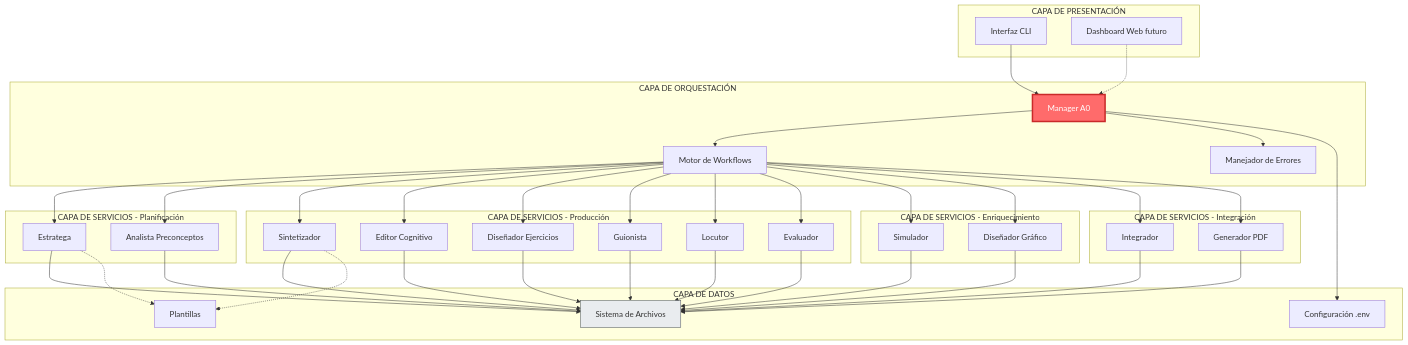
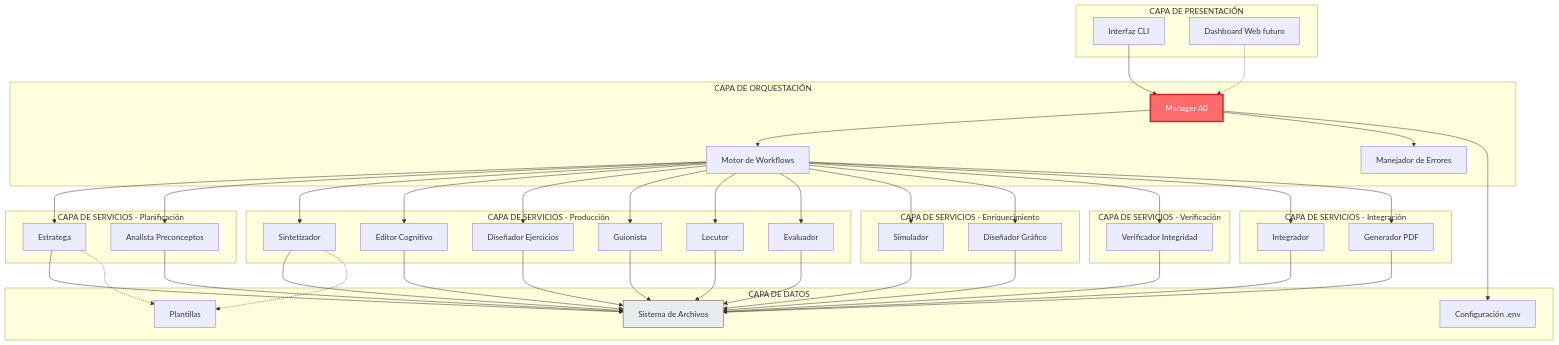
The second of 11 diagrams in docs/ARQUITECTURA.md (developer-laoz396/teach-laoz-courses-generator), drawn with Mermaid before and after one commit. The commit also changed other lines of this file and 33 other files, not shown here.

```diff
--- a/docs/ARQUITECTURA.md
+++ b/docs/ARQUITECTURA.md
@@ -69,6 +72,10 @@
         A6[Diseñador Gráfico]
     end
 
+    subgraph "CAPA DE SERVICIOS - Verificación"
+        A13[Verificador Integridad]
+    end
+
     subgraph "CAPA DE SERVICIOS - Integración"
         A5[Integrador]
         A10[Generador PDF]
@@ -96,6 +103,7 @@
     Workflow --> A9
     Workflow --> A4
     Workflow --> A6
+    Workflow --> A13
     Workflow --> A5
     Workflow --> A10
 
@@ -111,6 +119,7 @@
     A10 --> FileSystem
     A11 --> FileSystem
     A12 --> FileSystem
+    A13 --> FileSystem
 
     Manager --> Config
     A1 -.-> Templates
```
